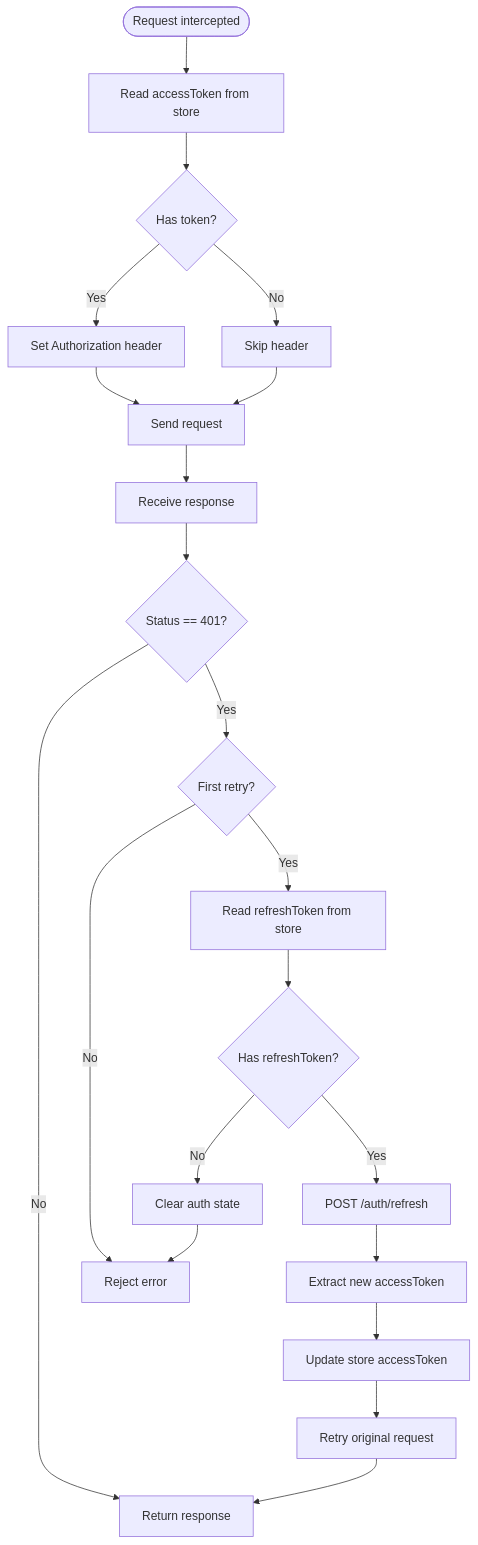
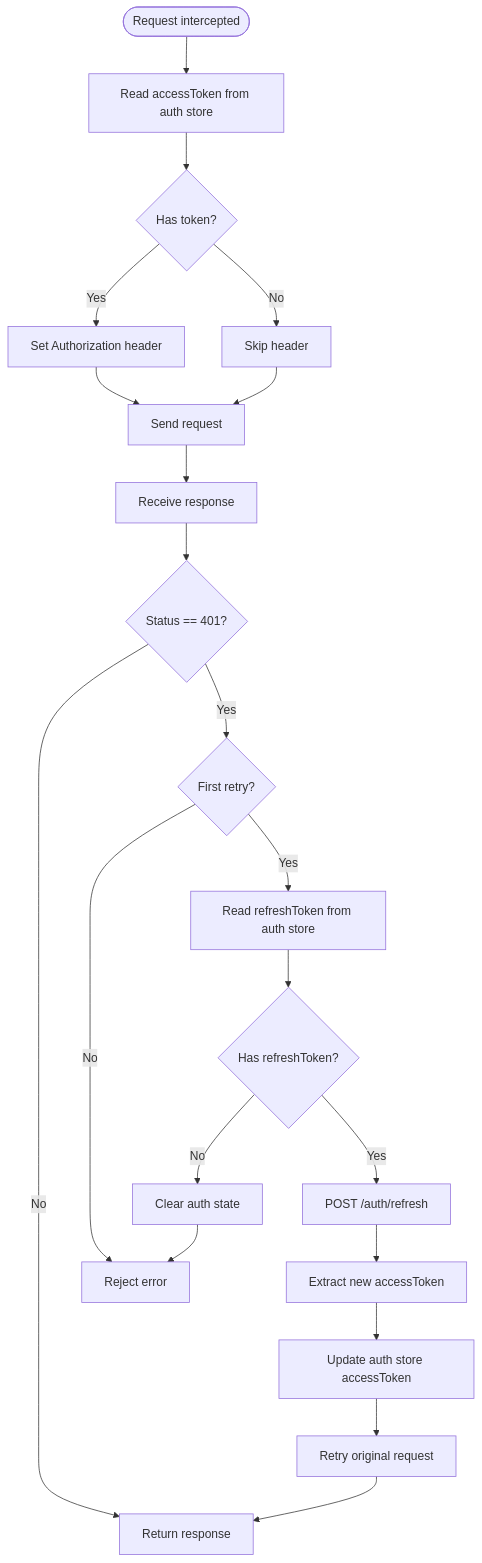
One commit to Vostrikov2014/vks-qoder changed the fifth of 7 diagrams in .qoder/repowiki/en/content/Frontend Application/State Management.md. Above: the diagram before and after it, drawn with Mermaid. The commit also changed other lines of this file and 5 other files, not shown here.

````diff
--- a/.qoder/repowiki/en/content/Frontend Application/State Management.md
+++ b/.qoder/repowiki/en/content/Frontend Application/State Management.md
@@ -192,22 +247,22 @@
 ```mermaid
 flowchart TD
-Start(["Request intercepted"]) --> GetToken["Read accessToken from store"]
+Start(["Request intercepted"]) --> GetToken["Read accessToken from auth store"]
 GetToken --> HasToken{"Has token?"}
 HasToken --> |Yes| SetHeader["Set Authorization header"]
 HasToken --> |No| SkipHeader["Skip header"]
 SetHeader --> SendReq["Send request"]
 SkipHeader --> SendReq
 SendReq --> Resp["Receive response"]
 Resp --> Status{"Status == 401?"}
 Status --> |No| Done["Return response"]
 Status --> |Yes| FirstRetry{"First retry?"}
 FirstRetry --> |No| Reject["Reject error"]
-FirstRetry --> |Yes| GetRefresh["Read refreshToken from store"]
+FirstRetry --> |Yes| GetRefresh["Read refreshToken from auth store"]
 GetRefresh --> HasRefresh{"Has refreshToken?"}
 HasRefresh --> |No| Clear["Clear auth state"] --> Reject
 HasRefresh --> |Yes| Refresh["POST /auth/refresh"]
 Refresh --> NewToken["Extract new accessToken"]
-NewToken --> UpdateStore["Update store accessToken"]
+NewToken --> UpdateStore["Update auth store accessToken"]
 UpdateStore --> Retry["Retry original request"]
 Retry --> Done
 ```
````
